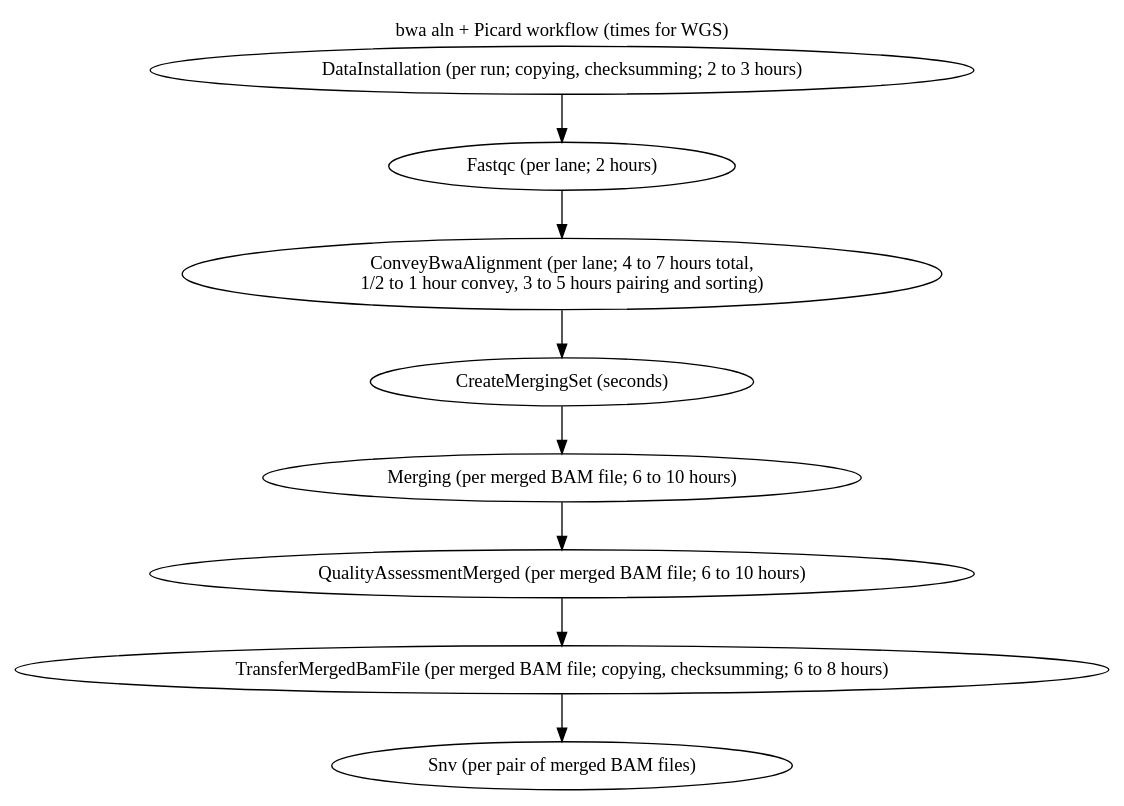
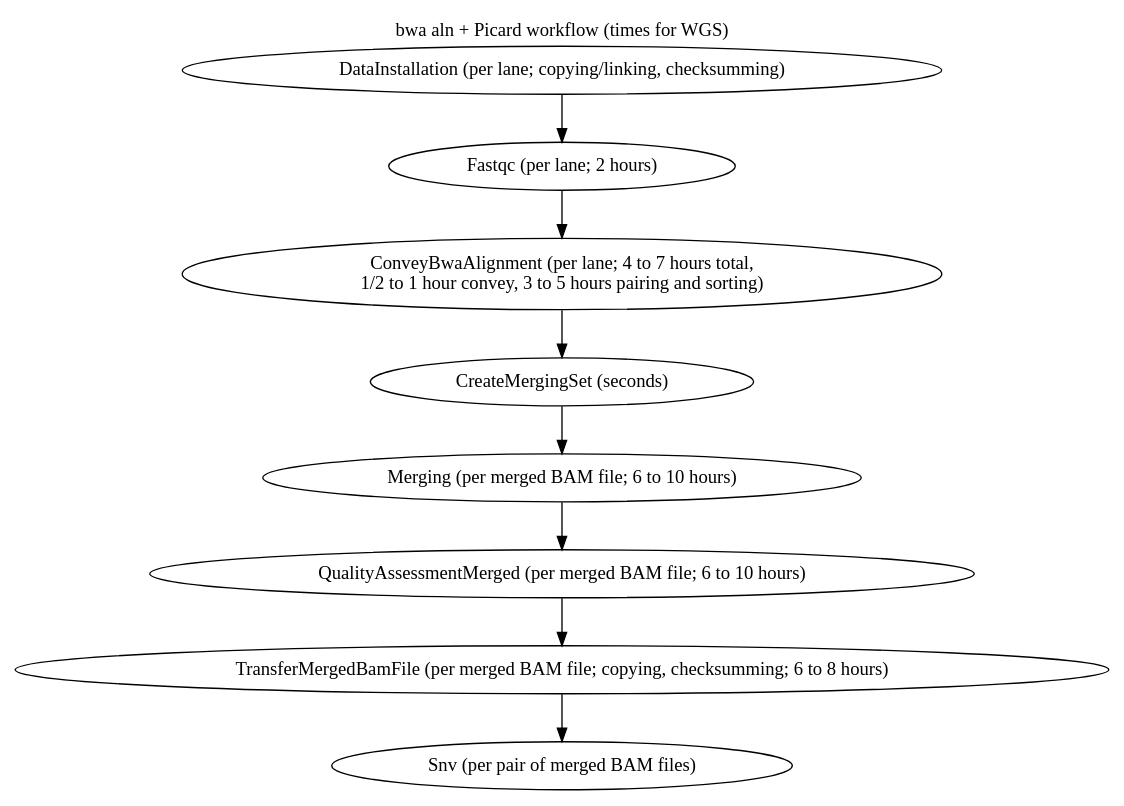
The diagram in src/docs/guide/workflowGraphs/bwa_aln.dot (one-touch-pipeline/otp), drawn with Graphviz before and after one commit. The commit also changed 1 other file, not shown here.

Commit message:
OTP-2114: Adapt workflow graphs to rewritten DataInstallationWorkflow
Review #2403

```diff
--- a/src/docs/guide/workflowGraphs/bwa_aln.dot
+++ b/src/docs/guide/workflowGraphs/bwa_aln.dot
@@ -1,13 +1,13 @@
 digraph workflows {
   labelloc="t";
   label="bwa aln + Picard workflow (times for WGS)\n";
 
-  DataInstallation [label="DataInstallation (per run; copying, checksumming; 2 to 3 hours)"];
+  DataInstallation [label="DataInstallation (per lane; copying/linking, checksumming)"];
   Fastqc [label="Fastqc (per lane; 2 hours)"];
   ConveyBwaAlignment [label="ConveyBwaAlignment (per lane; 4 to 7 hours total,\n1/2 to 1 hour convey, 3 to 5 hours pairing and sorting)"]
   CreateMergingSet [label="CreateMergingSet (seconds)"]
   Merging [label="Merging (per merged BAM file; 6 to 10 hours)"]
   QualityAssessmentMerged [label="QualityAssessmentMerged (per merged BAM file; 6 to 10 hours)"]
   TransferMergedBamFile [label="TransferMergedBamFile (per merged BAM file; copying, checksumming; 6 to 8 hours)"]
   DataInstallation -> Fastqc -> ConveyBwaAlignment -> CreateMergingSet -> Merging -> QualityAssessmentMerged -> TransferMergedBamFile -> "Snv (per pair of merged BAM files)"
 }
```
